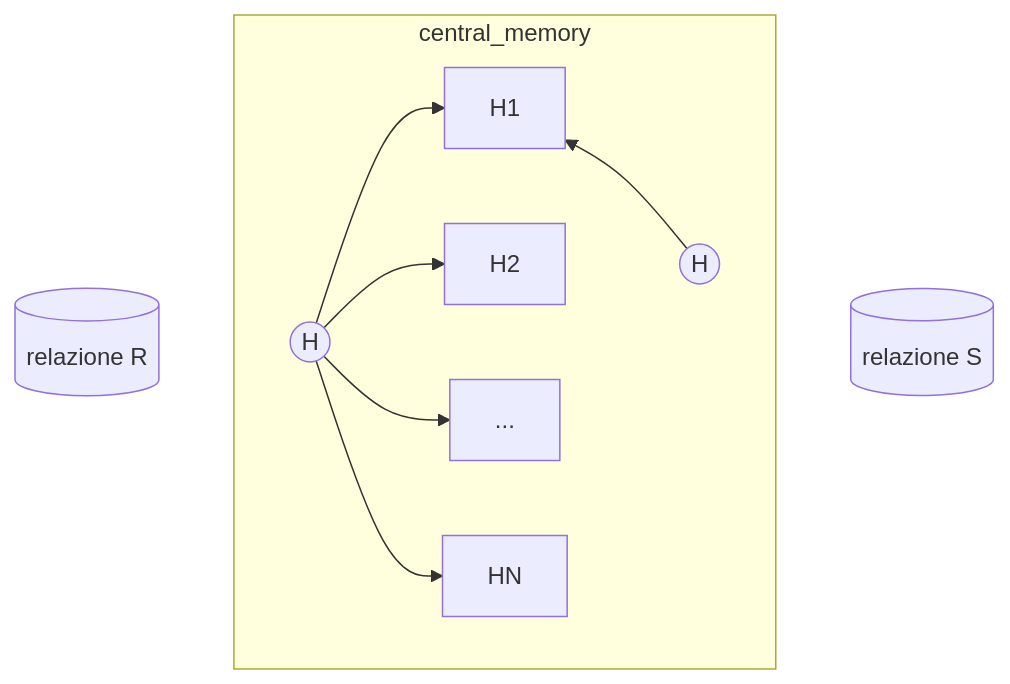
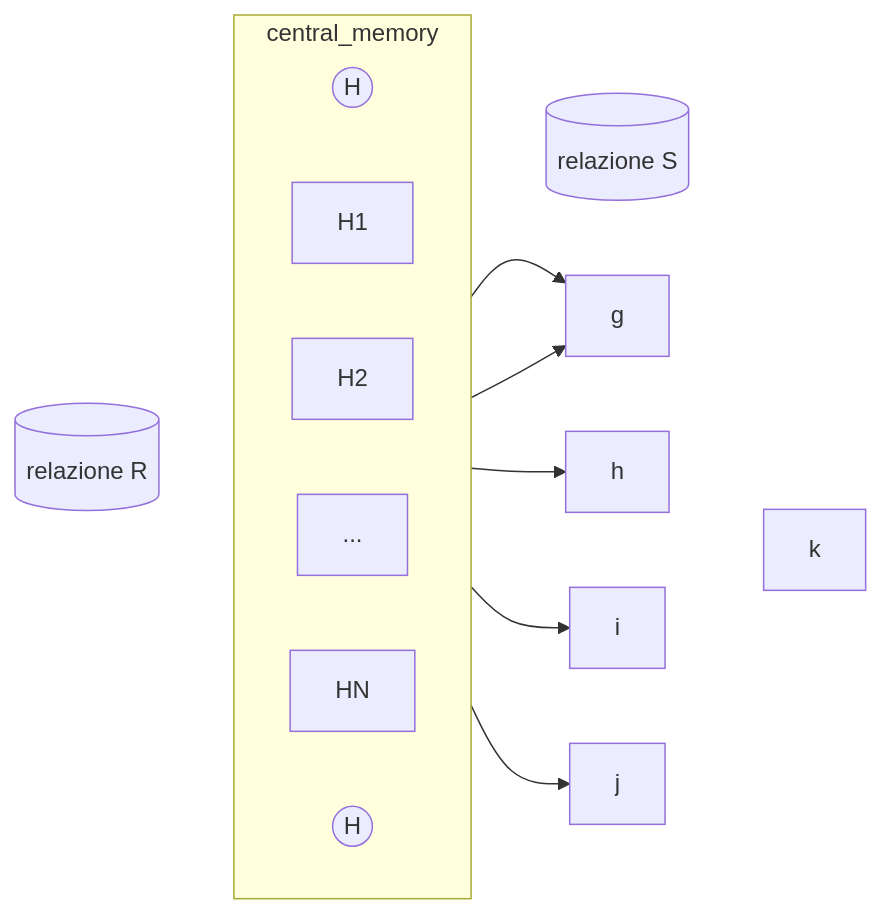
One commit to carnivuth/2nd_brain changed the diagram in pages/tecnologie_basi_dati/join.md. Above: the diagram before and after it, drawn with Mermaid. The commit also changed other lines of this file and 255 other files, not shown here.

````diff
--- a/pages/tecnologie_basi_dati/join.md
+++ b/pages/tecnologie_basi_dati/join.md
@@ -69,17 +69,17 @@
 ```mermaid
 flowchart LR
 A[(relazione R)]
 subgraph central_memory
 direction LR
 F((H))
 G[H1]
 H[H2]
 I[...]
 J[HN]
 K((H))
 end
 N[(relazione S)]
 A ~~~ central_memory ~~~ N
- F --> G & H & I & J ~~~ K 
- K --> G
+ F --> g & h & i & j ~~~ k 
+ K --> g
 ```
````
